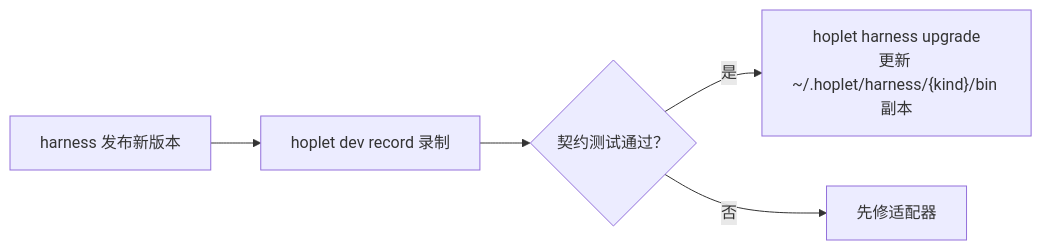
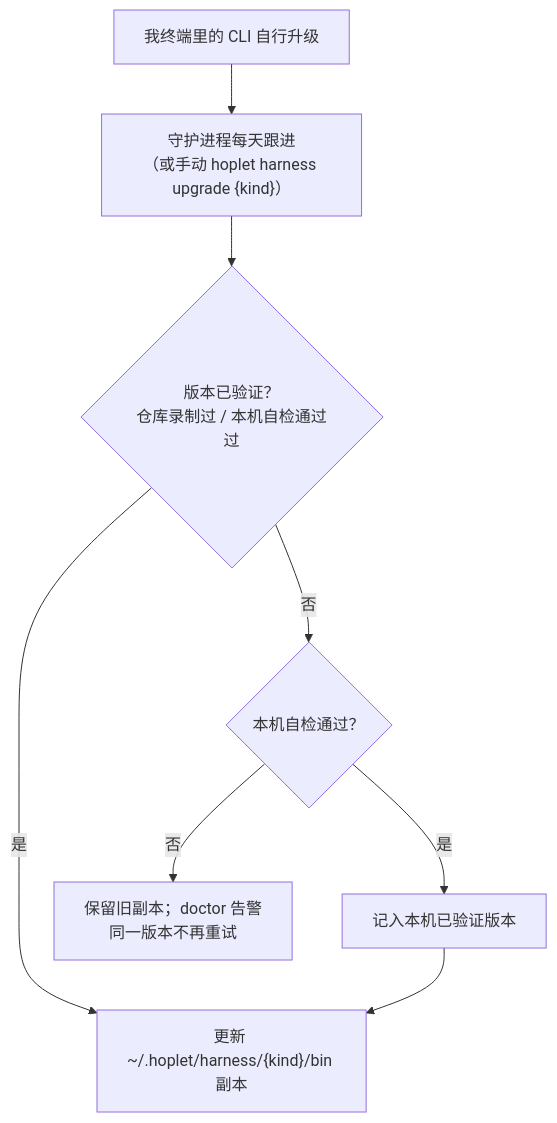
The second of 2 diagrams in docs/design/0013-testing-release.md (yangflow/hoplet), drawn with Mermaid before and after one commit. The commit also changed other lines of this file and 3 other files, not shown here.

Commit message:
docs(design): record how Hoplet drives Claude Code

````diff
--- a/docs/design/0013-testing-release.md
+++ b/docs/design/0013-testing-release.md
@@ -55,7 +55,9 @@
 ```mermaid
-flowchart LR
-    New["harness 发布新版本"] --> Rec["hoplet dev record 录制"]
-    Rec --> Test{"契约测试通过？"}
-    Test -- 是 --> Up["hoplet harness upgrade<br/>更新 ~/.hoplet/harness/{kind}/bin 副本"]
-    Test -- 否 --> Fix["先修适配器"]
+flowchart TB
+    U["我终端里的 CLI 自行升级"] --> F["守护进程每天跟进<br/>（或手动 hoplet harness upgrade {kind}）"]
+    F --> K{"版本已验证？<br/>仓库录制过 / 本机自检通过过"}
+    K -- 是 --> Up["更新 ~/.hoplet/harness/{kind}/bin 副本"]
+    K -- 否 --> C{"本机自检通过？"}
+    C -- 是 --> M["记入本机已验证版本"] --> Up
+    C -- 否 --> Stay["保留旧副本；doctor 告警<br/>同一版本不再重试"]
 ```
````
